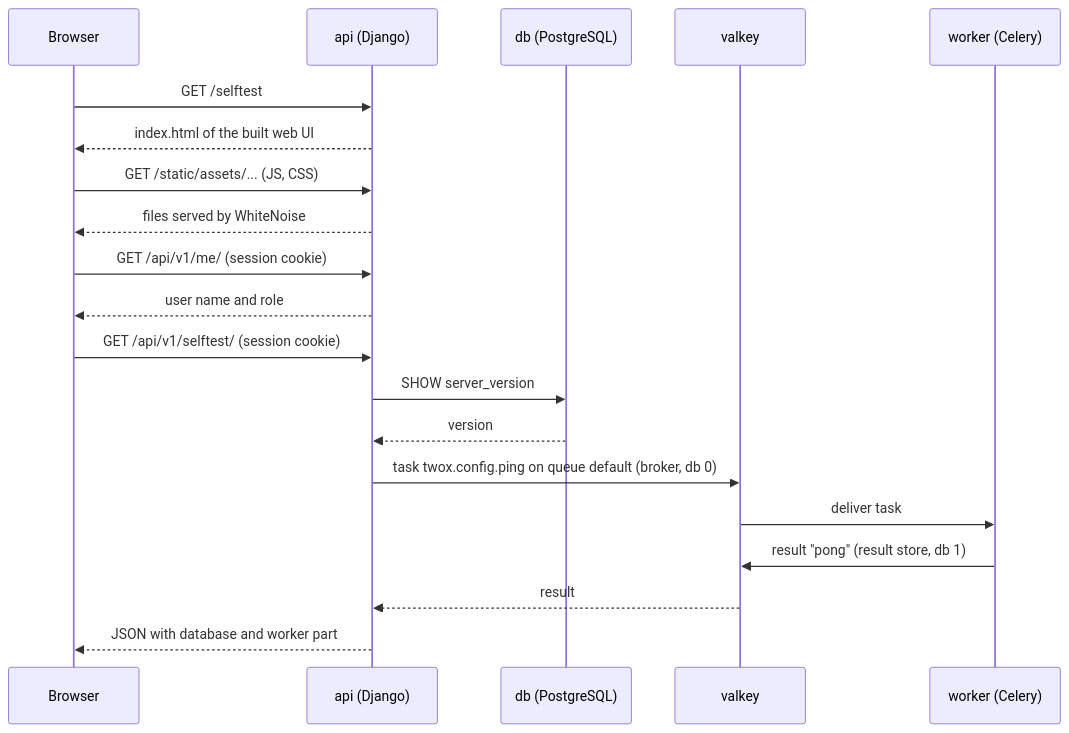
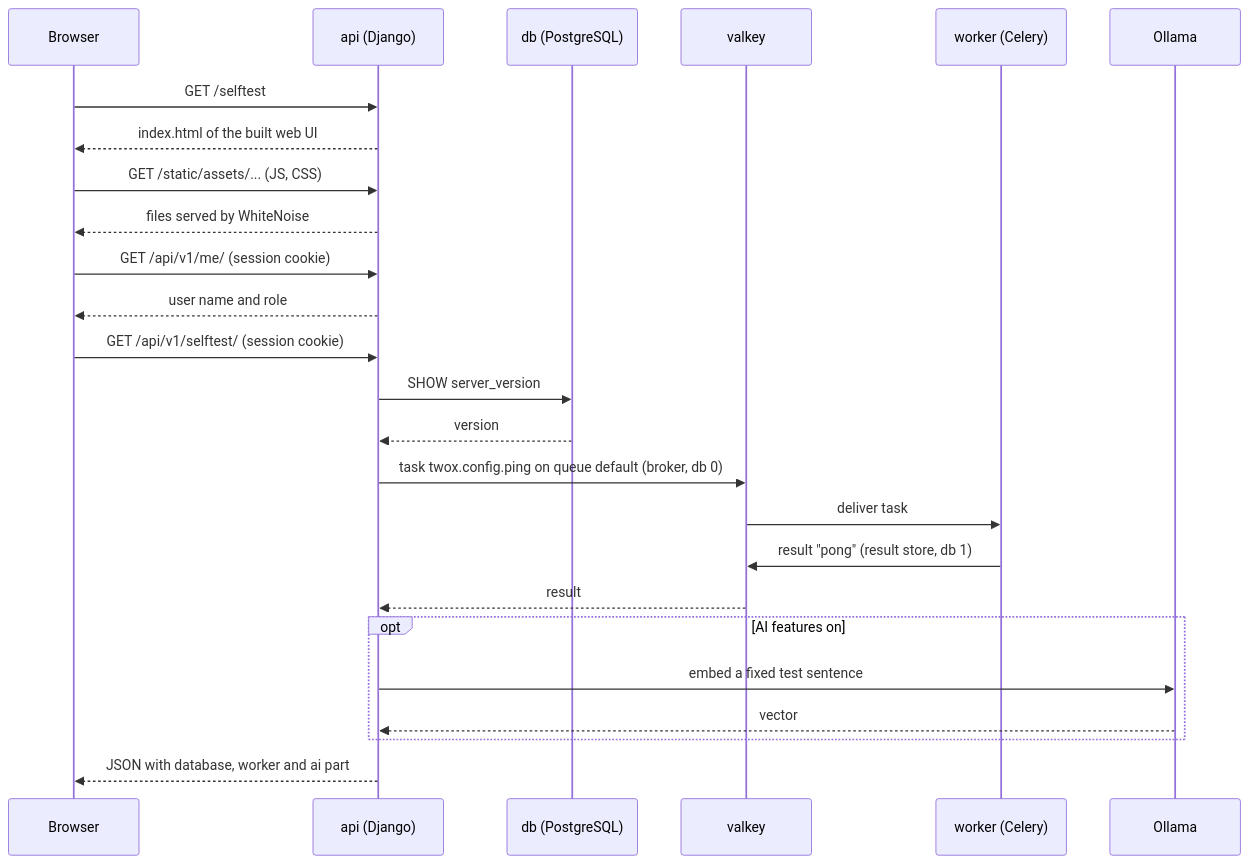
One commit to 7rebla/2x changed the fourth of 4 diagrams in docs/ARCHITECTURE.md. Above: the diagram before and after it, drawn with Mermaid. The commit also changed other lines of this file, not shown here.

First line of the commit message:
Describe the architecture after M2 in ARCHITECTURE.md

````diff
--- a/docs/ARCHITECTURE.md
+++ b/docs/ARCHITECTURE.md
@@ -278,22 +430,27 @@
 ```mermaid
 sequenceDiagram
   participant B as Browser
   participant A as api (Django)
   participant D as db (PostgreSQL)
   participant V as valkey
   participant W as worker (Celery)
+  participant O as Ollama
   B->>A: GET /selftest
   A-->>B: index.html of the built web UI
   B->>A: GET /static/assets/... (JS, CSS)
   A-->>B: files served by WhiteNoise
   B->>A: GET /api/v1/me/ (session cookie)
   A-->>B: user name and role
   B->>A: GET /api/v1/selftest/ (session cookie)
   A->>D: SHOW server_version
   D-->>A: version
   A->>V: task twox.config.ping on queue default (broker, db 0)
   V->>W: deliver task
   W->>V: result "pong" (result store, db 1)
   V-->>A: result
-  A-->>B: JSON with database and worker part
+  opt AI features on
+    A->>O: embed a fixed test sentence
+    O-->>A: vector
+  end
+  A-->>B: JSON with database, worker and ai part
 ```
````
